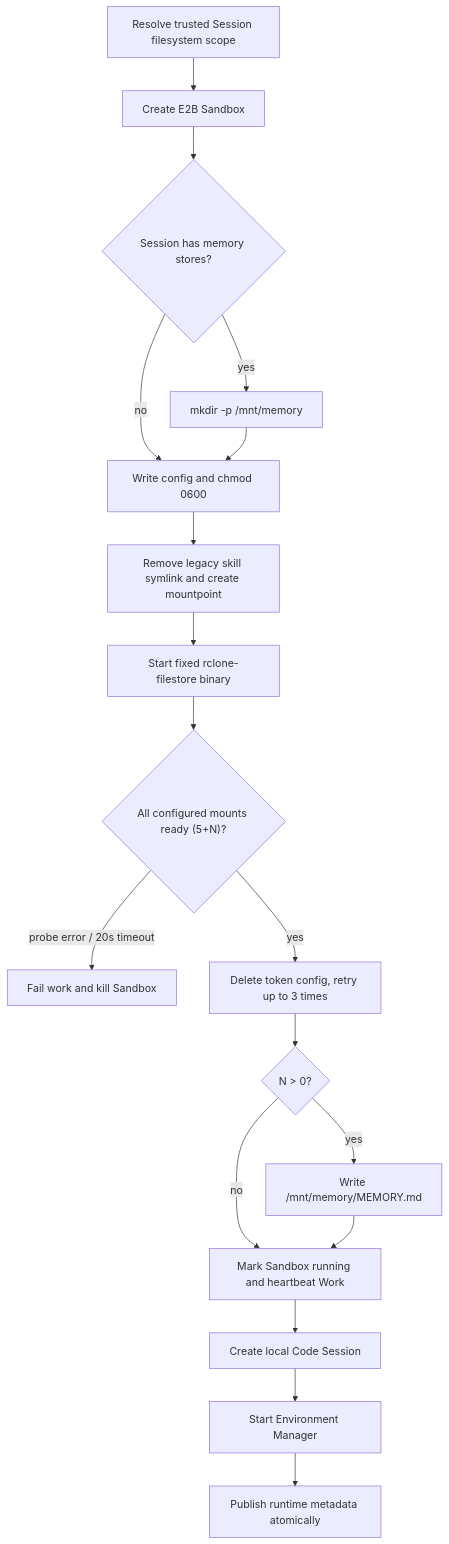
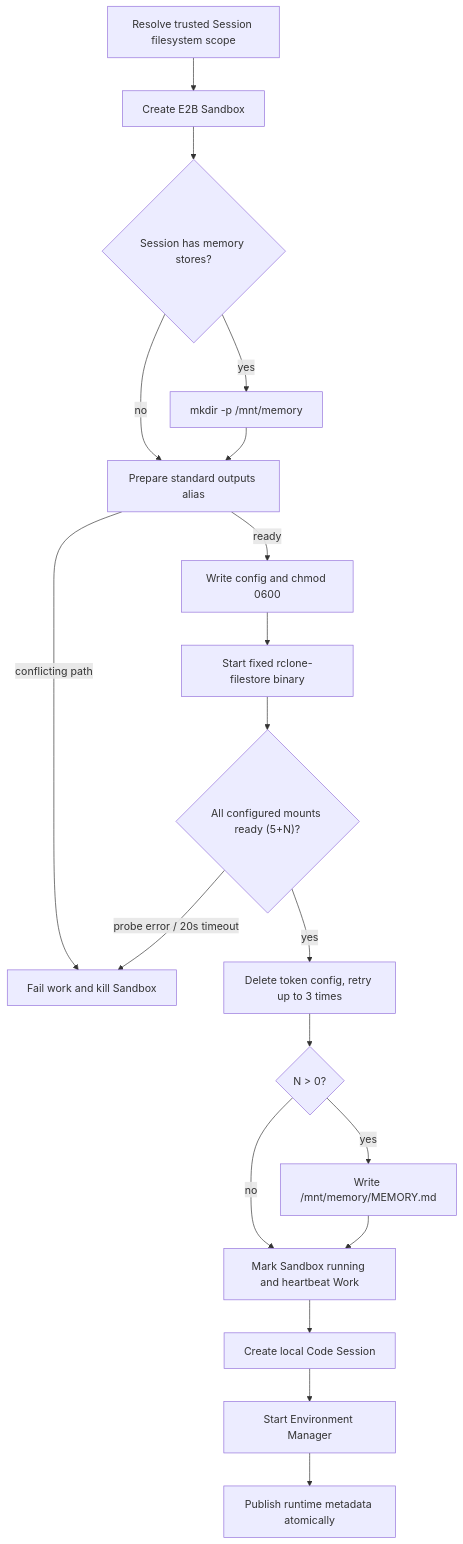
One commit to superduck-ai/open-managed-agents changed the diagram in docs/design/be/e2b-sandbox-image-contract.md. Above: the diagram before and after it, drawn with Mermaid. The commit also changed other lines of this file and 55 other files, not shown here.

````diff
--- a/docs/design/be/e2b-sandbox-image-contract.md
+++ b/docs/design/be/e2b-sandbox-image-contract.md
@@ -65,20 +67,21 @@
 ```mermaid
 flowchart TD
     R["Resolve trusted Session filesystem scope"] --> A["Create E2B Sandbox"]
     A --> M{"Session has memory stores?"}
     M -->|yes| K["mkdir -p /mnt/memory"]
-    M -->|no| W["Write config and chmod 0600"]
-    K --> W
-    W --> S["Remove legacy skill symlink and create mountpoint"]
-    S --> B["Start fixed rclone-filestore binary"]
+    M -->|no| O["Prepare standard outputs alias"]
+    K --> O
+    O -->|conflicting path| F["Fail work and kill Sandbox"]
+    O -->|ready| W["Write config and chmod 0600"]
+    W --> B["Start fixed rclone-filestore binary"]
     B --> C{"All configured mounts ready (5+N)?"}
     C -->|"probe error / 20s timeout"| F["Fail work and kill Sandbox"]
     C -->|"yes"| D["Delete token config, retry up to 3 times"]
     D --> MD{"N > 0?"}
     MD -->|yes| WMD["Write /mnt/memory/MEMORY.md"]
     MD -->|no| G["Mark Sandbox running and heartbeat Work"]
     WMD --> G
     G --> I["Create local Code Session"]
     I --> H["Start Environment Manager"]
     H --> J["Publish runtime metadata atomically"]
 ```
````
